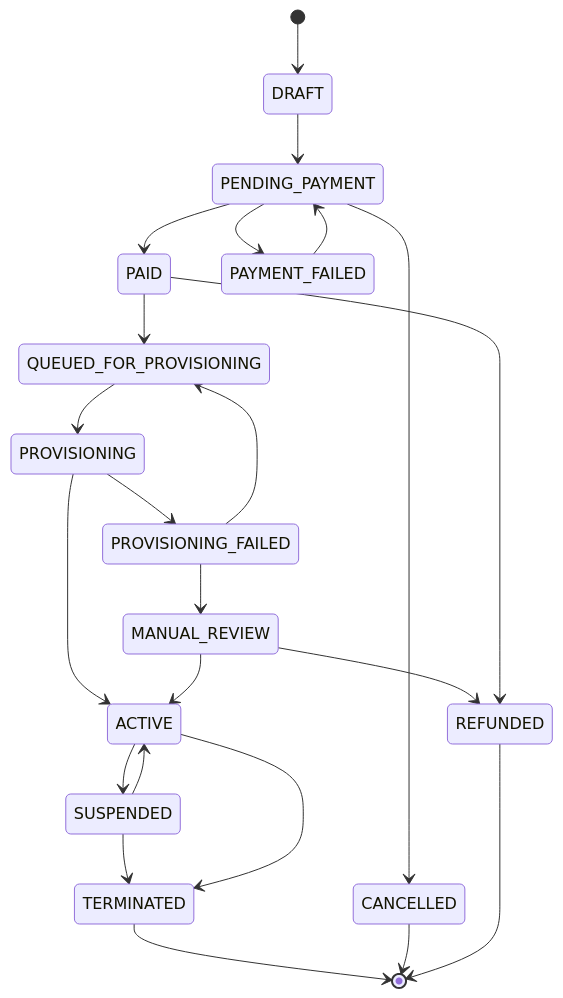
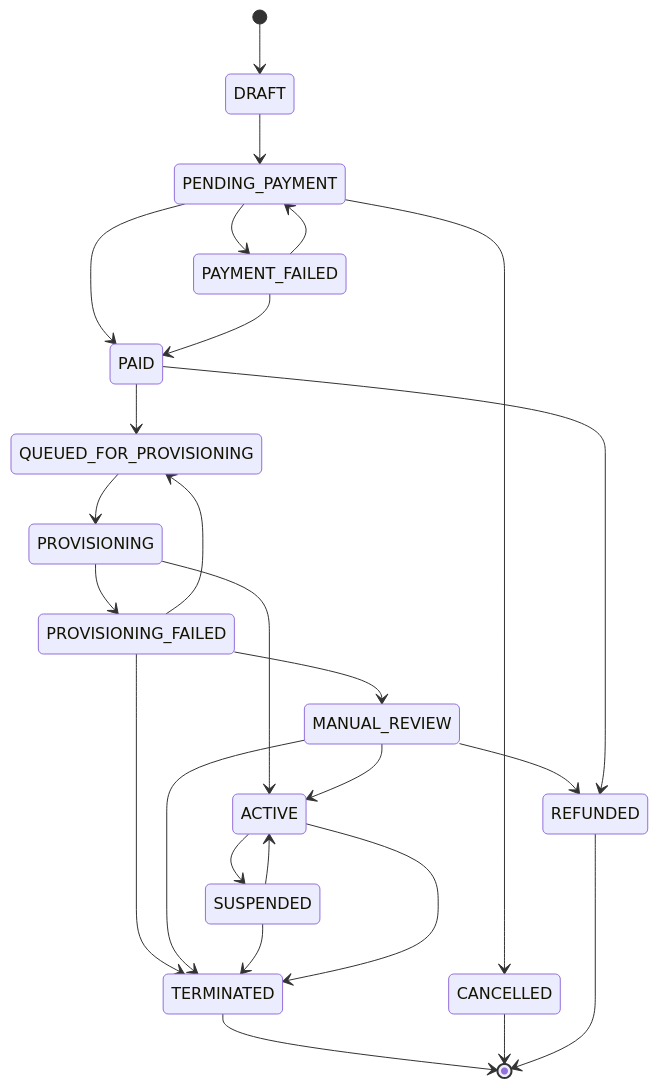
Before and after one commit to fullstackfull/cloud: the second of 3 diagrams in docs/architecture.md, drawn with Mermaid. The commit also changed 2 other files, not shown here.

Commit message:
F-19: correct the three documents that describe an order and an ending
- docs/termination.md: hosting ends through EndHostingService and the
  service ends with it; the operator's route comes through EndOfService
  and asks authorityOver() whatever `force` says; a service nothing was
  built for ends, and one whose build may exist is refused; a refund
  gives nothing back.
- docs/billing.md: past PAID the order follows what it bought; what an
  order holds, and when a refunded one gives it back.
- docs/architecture.md: the three edges F-19 added to the order machine.

Claude-Session: https://claude.ai/code/session_01BukmB18km1TqnskCaRXz8k

````diff
--- a/docs/architecture.md
+++ b/docs/architecture.md
@@ -145,25 +145,28 @@
 ```mermaid
 stateDiagram-v2
     [*] --> DRAFT
     DRAFT --> PENDING_PAYMENT
     PENDING_PAYMENT --> PAID
     PENDING_PAYMENT --> PAYMENT_FAILED
     PENDING_PAYMENT --> CANCELLED
     PAID --> QUEUED_FOR_PROVISIONING
     QUEUED_FOR_PROVISIONING --> PROVISIONING
     PROVISIONING --> ACTIVE
     PROVISIONING --> PROVISIONING_FAILED
     PROVISIONING_FAILED --> MANUAL_REVIEW
     PROVISIONING_FAILED --> QUEUED_FOR_PROVISIONING
     MANUAL_REVIEW --> ACTIVE
     MANUAL_REVIEW --> REFUNDED
     PAYMENT_FAILED --> PENDING_PAYMENT
+    PAYMENT_FAILED --> PAID
+    PROVISIONING_FAILED --> TERMINATED
+    MANUAL_REVIEW --> TERMINATED
     ACTIVE --> SUSPENDED
     SUSPENDED --> ACTIVE
     SUSPENDED --> TERMINATED
     ACTIVE --> TERMINATED
     PAID --> REFUNDED
     TERMINATED --> [*]
     CANCELLED --> [*]
     REFUNDED --> [*]
 ```
````
